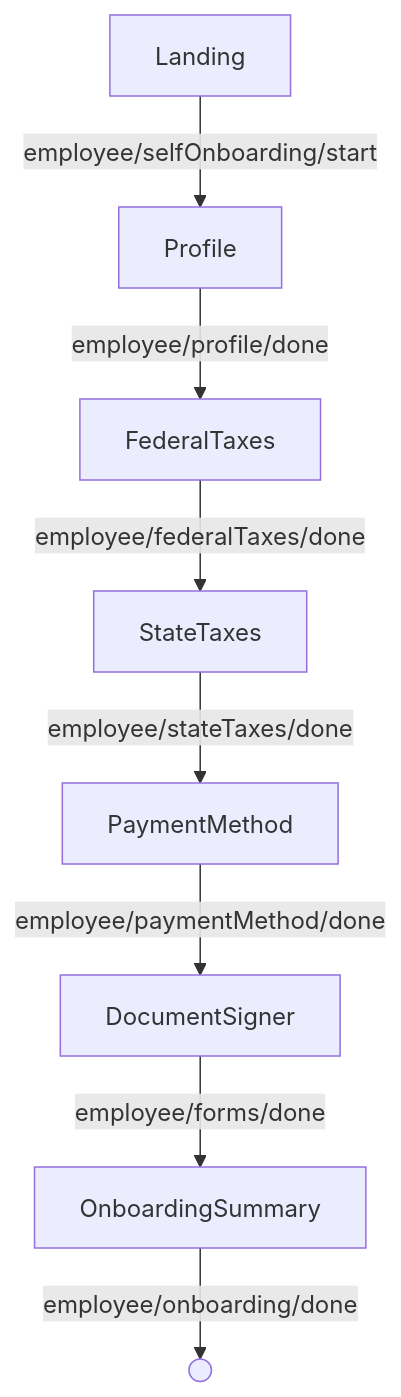
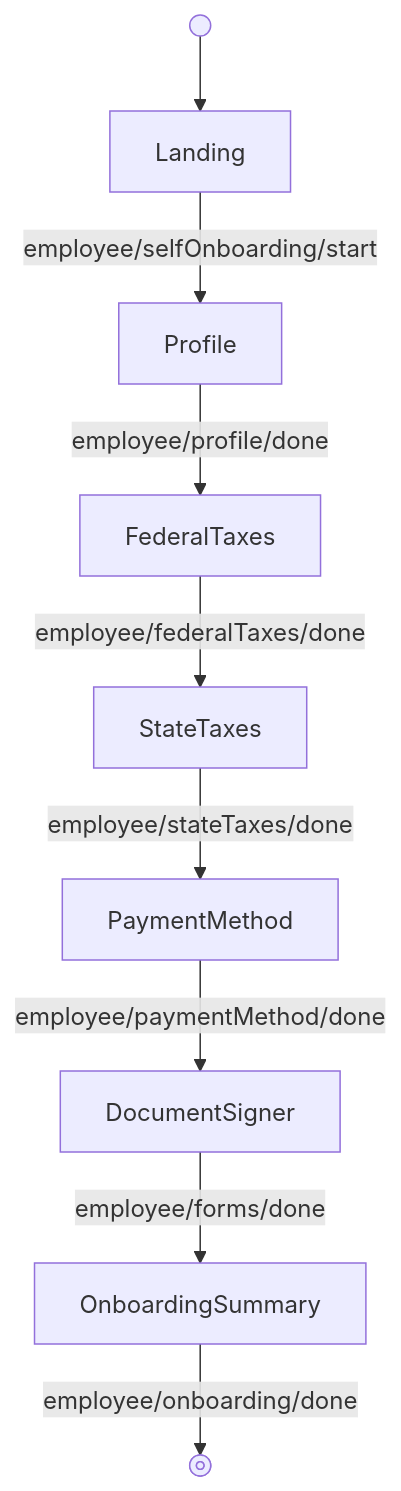
The diagram in src/components/Employee/SelfOnboardingFlow/GUIDE.md (Gusto/embedded-react-sdk), drawn with Mermaid before and after one commit. The commit also changed 3 other files, not shown here.

First line of the commit message:
docs(employee): merge onboarding-execution diagram, fix flow remarks

````diff
--- a/src/components/Employee/SelfOnboardingFlow/GUIDE.md
+++ b/src/components/Employee/SelfOnboardingFlow/GUIDE.md
@@ -9,10 +9,11 @@
 ```mermaid
 flowchart
+  start@{ shape: sm-circ } --> Landing
   Landing -->|"employee/selfOnboarding/start"| Profile
   Profile -->|"employee/profile/done"| FederalTaxes
   FederalTaxes -->|"employee/federalTaxes/done"| StateTaxes
   StateTaxes -->|"employee/stateTaxes/done"| PaymentMethod
   PaymentMethod -->|"employee/paymentMethod/done"| DocumentSigner
   DocumentSigner -->|"employee/forms/done"| OnboardingSummary
-  OnboardingSummary -->|"employee/onboarding/done"| done(( ))
+  OnboardingSummary -->|"employee/onboarding/done"| done@{ shape: fr-circ, label: " " }
 ```
````
